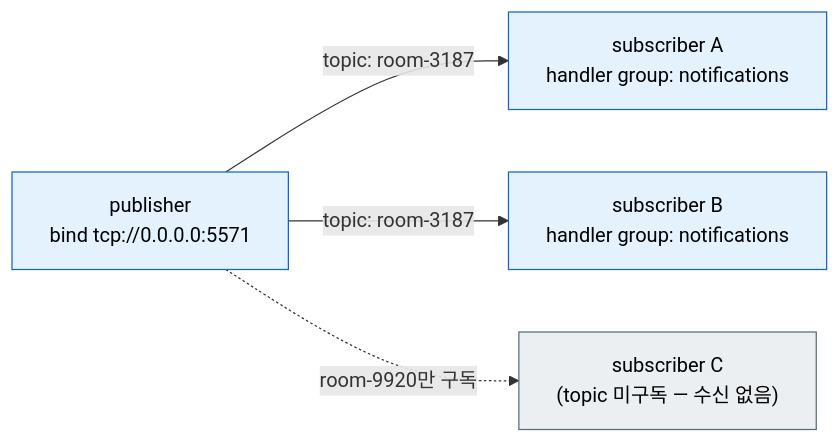
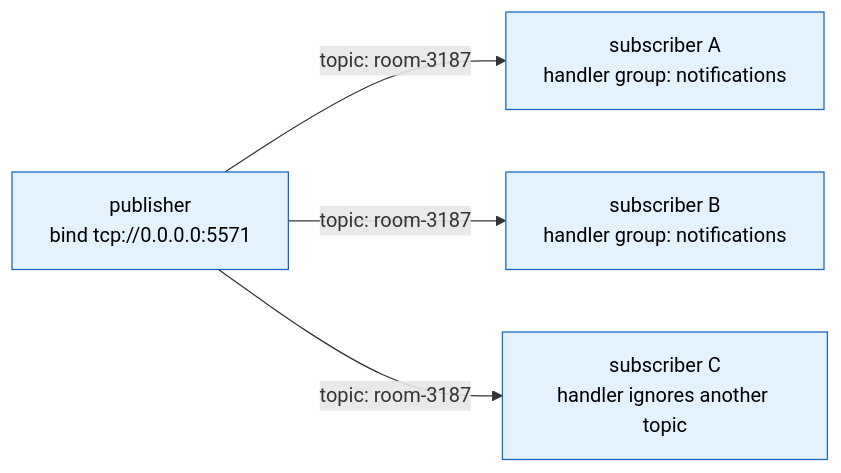
One commit to kairos-code-dev/zlink changed the fourth of 4 diagrams in framework/doc/framework/cpp/guide/07-channel-messaging.ko.md. Above: the diagram before and after it, drawn with Mermaid. The commit also changed other lines of this file and 93 other files, not shown here.

````diff
--- a/framework/doc/framework/cpp/guide/07-channel-messaging.ko.md
+++ b/framework/doc/framework/cpp/guide/07-channel-messaging.ko.md
@@ -326,13 +328,12 @@
 ```mermaid
 flowchart LR
     P["publisher<br/>bind tcp://0.0.0.0:5571"]:::channel
     S1["subscriber A<br/>handler group: notifications"]:::channel
     S2["subscriber B<br/>handler group: notifications"]:::channel
-    S3["subscriber C<br/>(topic 미구독 — 수신 없음)"]:::infra
+    S3["subscriber C<br/>handler ignores another topic"]:::channel
     P -- "topic: room-3187" --> S1
     P -- "topic: room-3187" --> S2
-    P -.->|"room-9920만 구독"| S3
+    P -- "topic: room-3187" --> S3
 
     classDef channel fill:#e3f2fd,stroke:#1565c0,color:#000000
-    classDef infra fill:#eceff1,stroke:#546e7a,color:#000000
 ```
````
